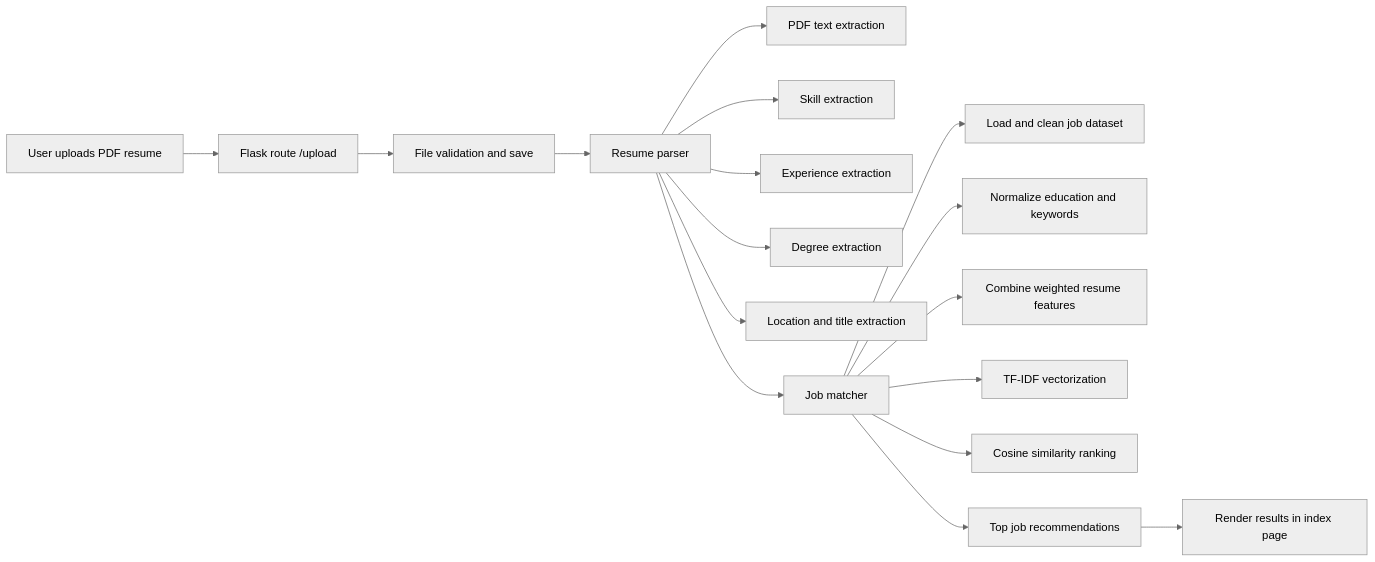
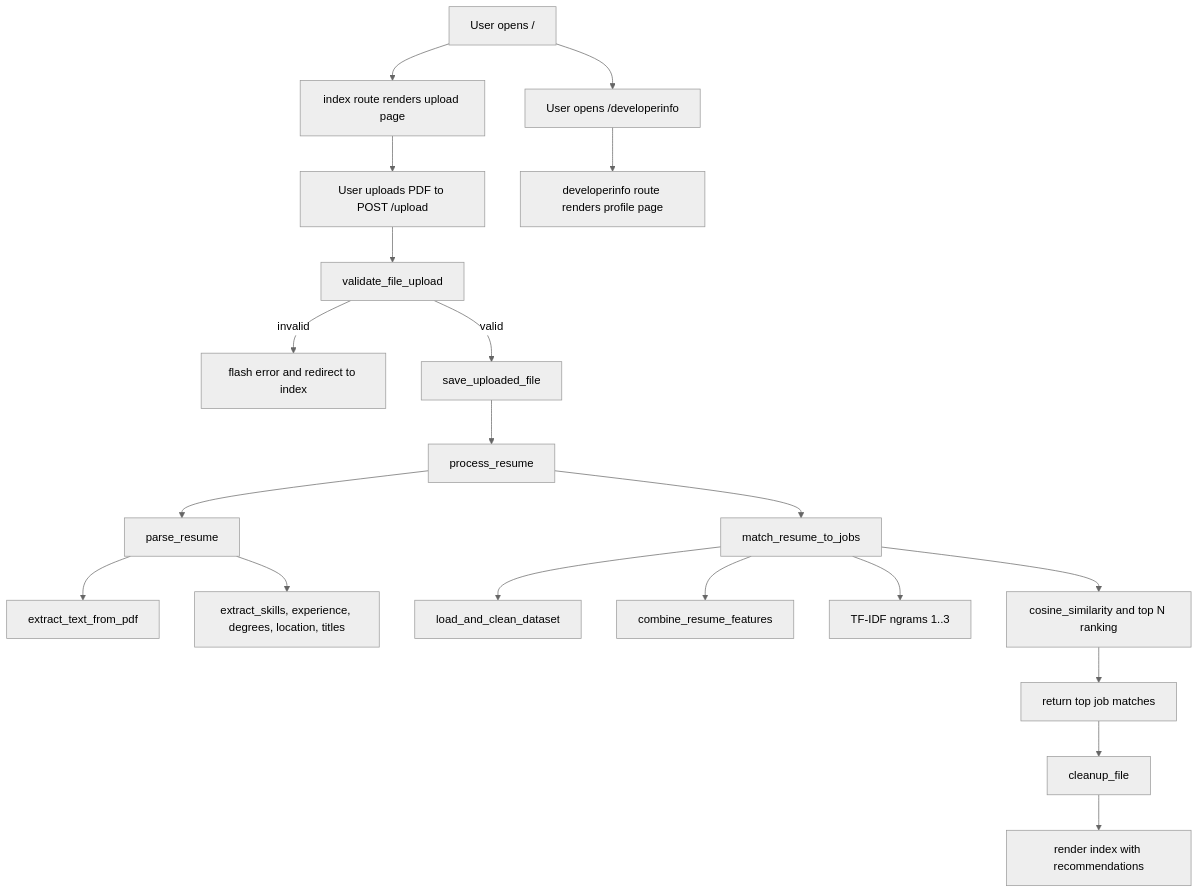
One commit to avishek-sarkar/Job-Recommendation-System changed the diagram in README.md. Above: the diagram before and after it, drawn with Mermaid (neutral theme). The commit also changed other lines of this file, not shown here.

````diff
--- a/README.md
+++ b/README.md
@@ -61,19 +50,22 @@
 ```mermaid
-flowchart LR
-    U[User uploads PDF resume] --> V[Flask route /upload]
-    V --> W[File validation and save]
-    W --> X[Resume parser]
-    X --> X1[PDF text extraction]
-    X --> X2[Skill extraction]
-    X --> X3[Experience extraction]
-    X --> X4[Degree extraction]
-    X --> X5[Location and title extraction]
-    X --> Y[Job matcher]
-    Y --> Y1[Load and clean job dataset]
-    Y --> Y2[Normalize education and keywords]
-    Y --> Y3[Combine weighted resume features]
-    Y --> Y4[TF-IDF vectorization]
-    Y --> Y5[Cosine similarity ranking]
-    Y --> Z[Top job recommendations]
-    Z --> UI[Render results in index page]
+flowchart TD
+    A[User opens /] --> B[index route renders upload page]
+    B --> C[User uploads PDF to POST /upload]
+    C --> D[validate_file_upload]
+    D -->|invalid| E[flash error and redirect to index]
+    D -->|valid| F[save_uploaded_file]
+    F --> G[process_resume]
+    G --> H[parse_resume]
+    H --> H1[extract_text_from_pdf]
+    H --> H2[extract_skills, experience, degrees, location, titles]
+    G --> I[match_resume_to_jobs]
+    I --> I1[load_and_clean_dataset]
+    I --> I2[combine_resume_features]
+    I --> I3[TF-IDF ngrams 1..3]
+    I --> I4[cosine_similarity and top N ranking]
+    I4 --> J[return top job matches]
+    J --> K[cleanup_file]
+    K --> L[render index with recommendations]
+    A --> M[User opens /developerinfo]
+    M --> N[developerinfo route renders profile page]
 ```
````
